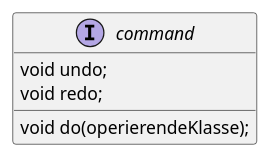
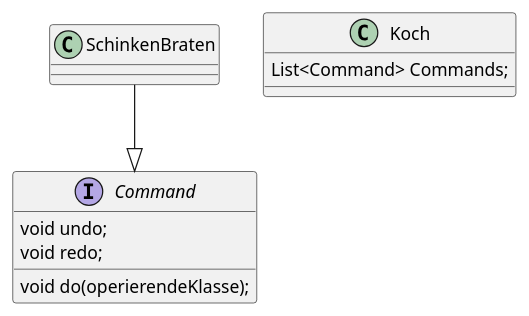
One commit to JustKiddingCode/proggentut changed the diagram in 09/command.iuml. Above: the diagram before and after it, drawn with PlantUML. The commit also changed 2 other files, not shown here.

Commit message:
plantuml

```diff
--- a/09/command.iuml
+++ b/09/command.iuml
@@ -1,9 +1,16 @@
 @startuml;
-interface command {
+interface Command {
   void do(operierendeKlasse);
   void undo;
   void redo;
 }
 
 
+SchinkenBraten --|> Command
+
+
+class Koch {
+    List<Command> Commands;
+}
+
 @enduml;
```
